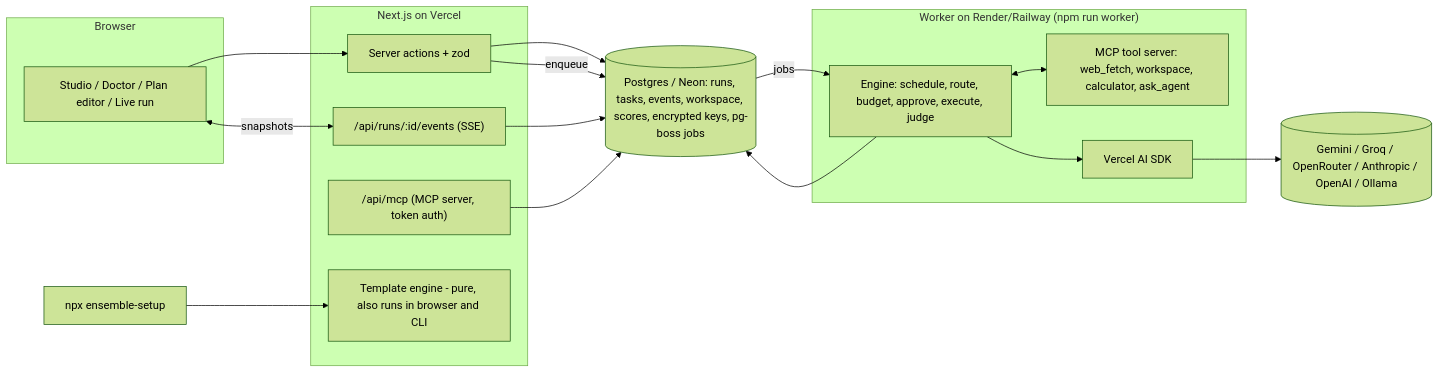
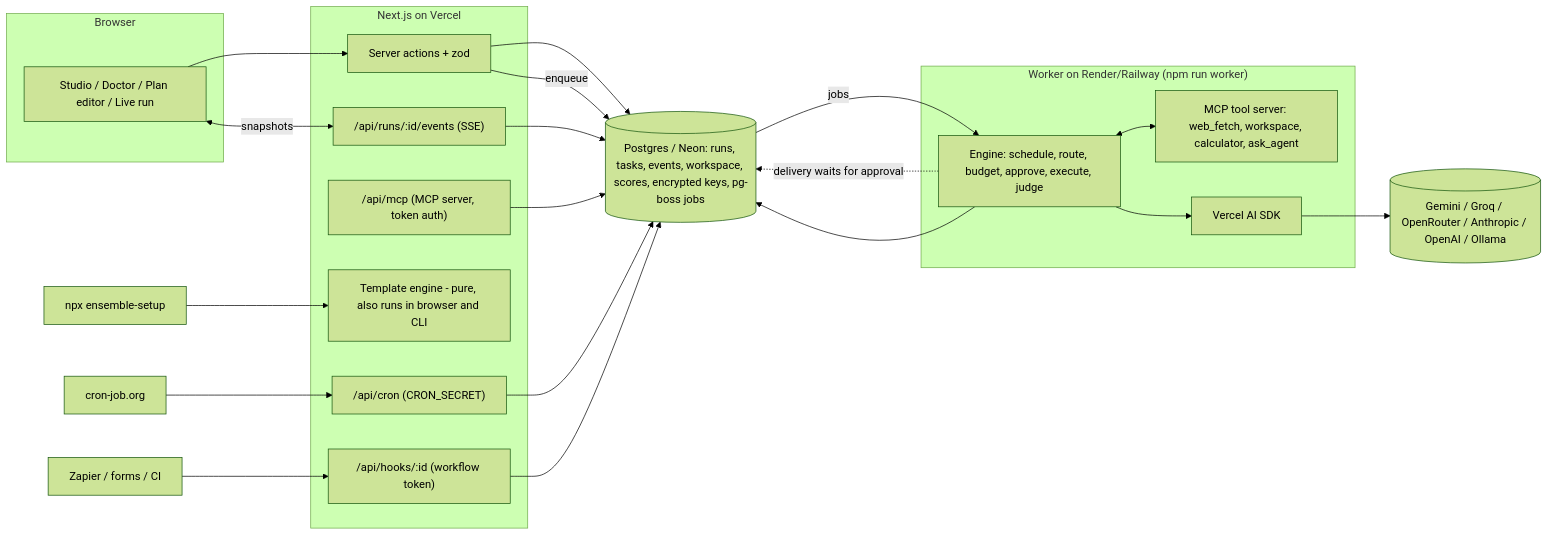
The diagram in README.md (Devkeerthi-code/ensemble), drawn with Mermaid (forest theme) before and after one commit. The commit also changed other lines of this file, not shown here.

Commit message:
docs: README for workflows, schedules, webhooks, delivery approvals and demo page

````diff
--- a/README.md
+++ b/README.md
@@ -74,28 +91,33 @@
 ```mermaid
 flowchart LR
   subgraph Browser
     UI[Studio / Doctor / Plan editor / Live run]
   end
   subgraph Web["Next.js on Vercel"]
     SA[Server actions + zod]
     SSE["/api/runs/:id/events (SSE)"]
     MCP["/api/mcp (MCP server, token auth)"]
+    CRON["/api/cron (CRON_SECRET)"]
+    HOOK["/api/hooks/:id (workflow token)"]
     GEN[Template engine - pure, also runs in browser and CLI]
   end
   subgraph Worker["Worker on Render/Railway (npm run worker)"]
     ENG[Engine: schedule, route, budget, approve, execute, judge]
     TOOLS[MCP tool server: web_fetch, workspace, calculator, ask_agent]
     AI[Vercel AI SDK]
   end
   DB[(Postgres / Neon: runs, tasks, events, workspace, scores, encrypted keys, pg-boss jobs)]
   P[(Gemini / Groq / OpenRouter / Anthropic / OpenAI / Ollama)]
   CLI[npx ensemble-setup] --> GEN
   UI --> SA --> DB
   UI <-- snapshots --> SSE --> DB
   MCP --> DB
+  CJ[cron-job.org] --> CRON --> DB
+  EXT[Zapier / forms / CI] --> HOOK --> DB
+  ENG -. delivery waits for approval .-> DB
   SA -- enqueue --> DB
   DB -- jobs --> ENG
   ENG <--> TOOLS
   ENG --> AI --> P
   ENG --> DB
 ```
````
